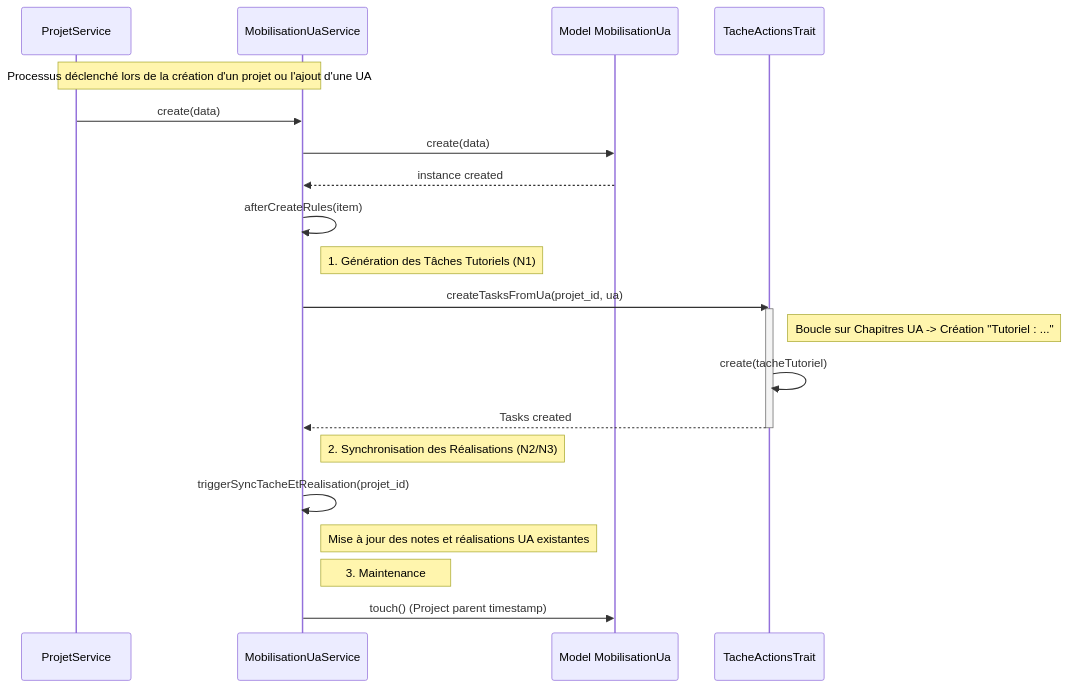
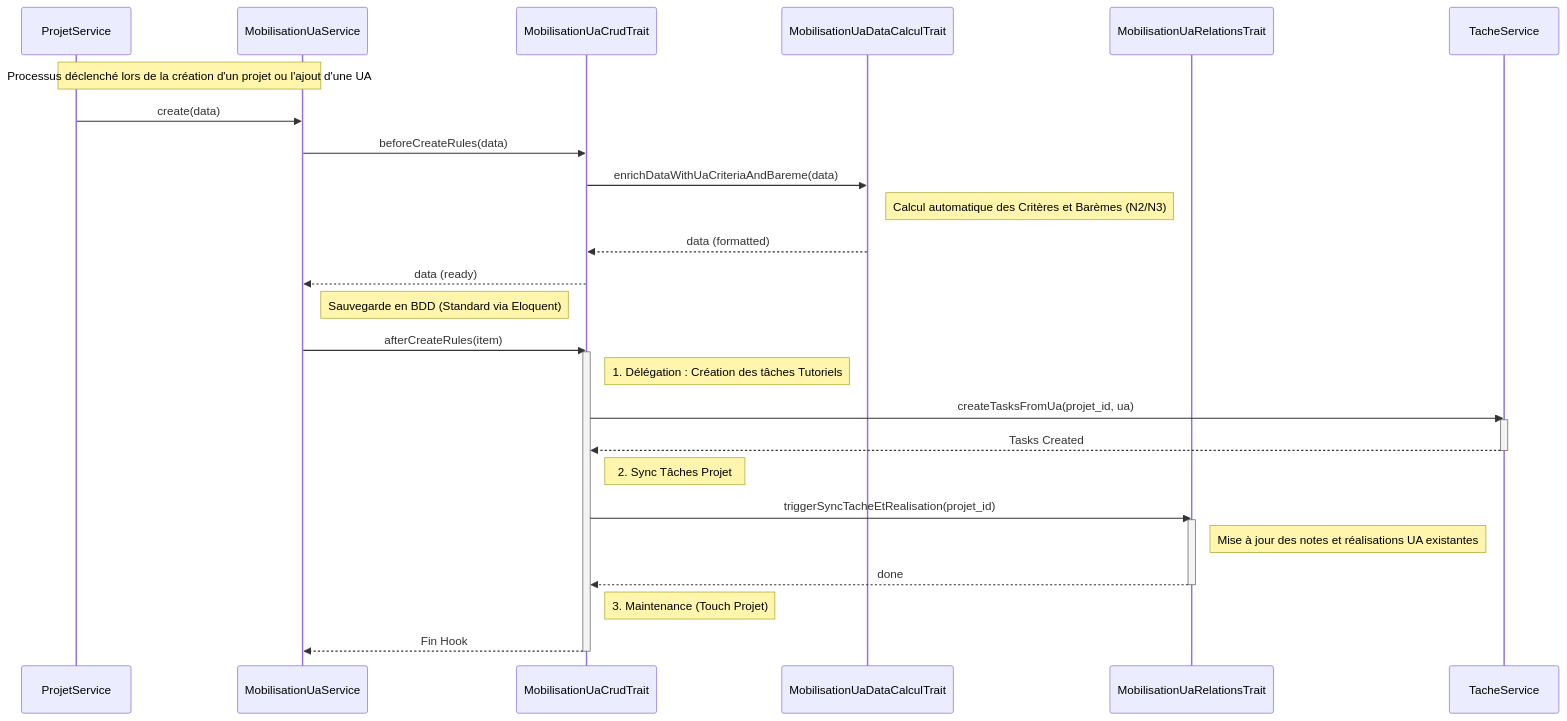
The diagram in docs/1.scenarios/PkgCreationProjet/MobilisationUa/mobilisation_ua_creation.scenario.mmd (solicode-lms/app), drawn with Mermaid before and after one commit. The commit also changed 6 other files, not shown here.

```diff
--- a/docs/1.scenarios/PkgCreationProjet/MobilisationUa/mobilisation_ua_creation.scenario.mmd
+++ b/docs/1.scenarios/PkgCreationProjet/MobilisationUa/mobilisation_ua_creation.scenario.mmd
@@ -1,28 +1,39 @@
 sequenceDiagram
     participant PS as ProjetService
     participant MS as MobilisationUaService
-    participant M as Model MobilisationUa
-    participant TAT as TacheActionsTrait
+    participant MCT as MobilisationUaCrudTrait
+    participant MDCT as MobilisationUaDataCalculTrait
+    participant MRT as MobilisationUaRelationsTrait
+    participant TS as TacheService
     
     Note over PS, MS: Processus déclenché lors de la création d'un projet ou l'ajout d'une UA
 
     PS->>MS: create(data)
-    MS->>M: create(data)
-    M-->>MS: instance created
+    MS->>MCT: beforeCreateRules(data)
+    MCT->>MDCT: enrichDataWithUaCriteriaAndBareme(data)
+    Note right of MDCT: Calcul automatique des Critères et Barèmes (N2/N3)
+    MDCT-->>MCT: data (formatted)
+    MCT-->>MS: data (ready)
 
-    MS->>MS: afterCreateRules(item)
+    Note right of MS: Sauvegarde en BDD (Standard via Eloquent)
+
+    MS->>MCT: afterCreateRules(item)
+    activate MCT
     
-    Note right of MS: 1. Génération des Tâches Tutoriels (N1)
-    MS->>TAT: createTasksFromUa(projet_id, ua)
-    activate TAT
-    Note right of TAT: Boucle sur Chapitres UA -> Création "Tutoriel : ..."
-    TAT->>TAT: create(tacheTutoriel)
-    TAT-->>MS: Tasks created
-    deactivate TAT
+    Note right of MCT: 1. Délégation : Création des tâches Tutoriels
+    MCT->>TS: createTasksFromUa(projet_id, ua)
+    activate TS
+    TS-->>MCT: Tasks Created
+    deactivate TS
 
-    Note right of MS: 2. Synchronisation des Réalisations (N2/N3)
-    MS->>MS: triggerSyncTacheEtRealisation(projet_id)
-    Note right of MS: Mise à jour des notes et réalisations UA existantes
+    Note right of MCT: 2. Sync Tâches Projet
+    MCT->>MRT: triggerSyncTacheEtRealisation(projet_id)
+    activate MRT
+    Note right of MRT: Mise à jour des notes et réalisations UA existantes
+    MRT-->>MCT: done
+    deactivate MRT
 
-    Note right of MS: 3. Maintenance
-    MS->>M: touch() (Project parent timestamp)
+    Note right of MCT: 3. Maintenance (Touch Projet)
+    
+    MCT-->>MS: Fin Hook
+    deactivate MCT
```
